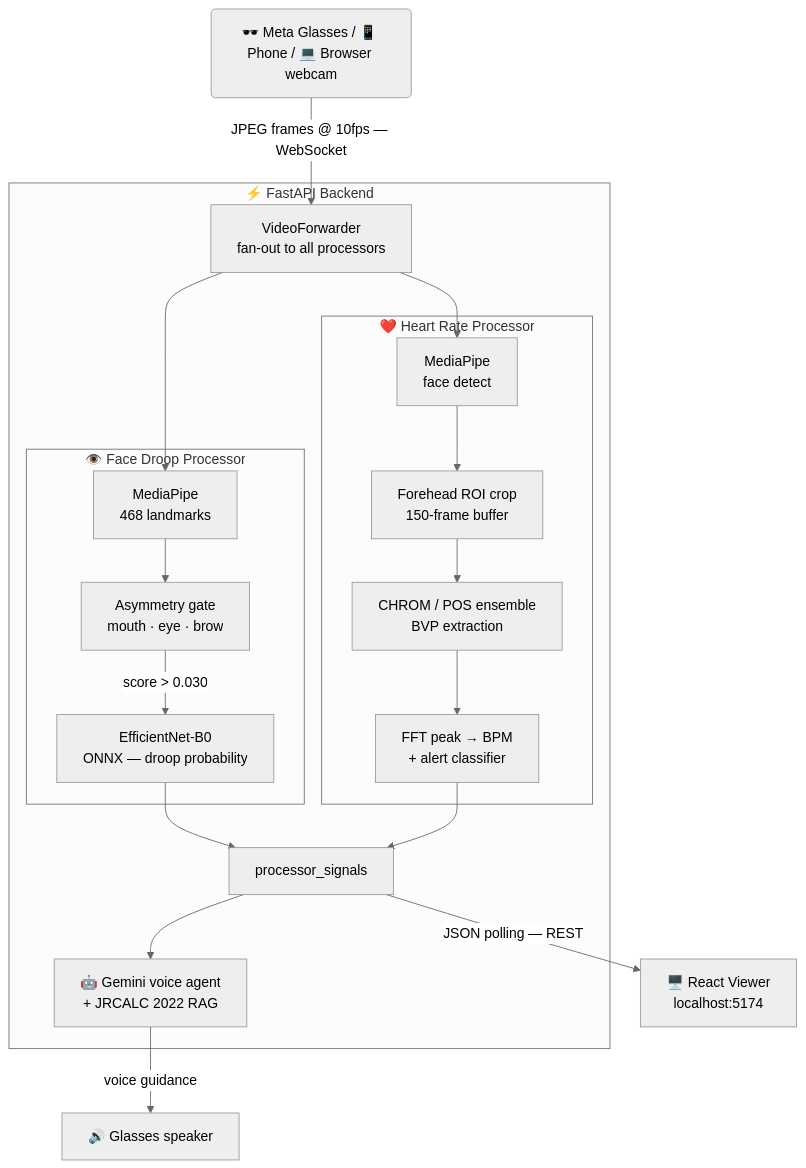
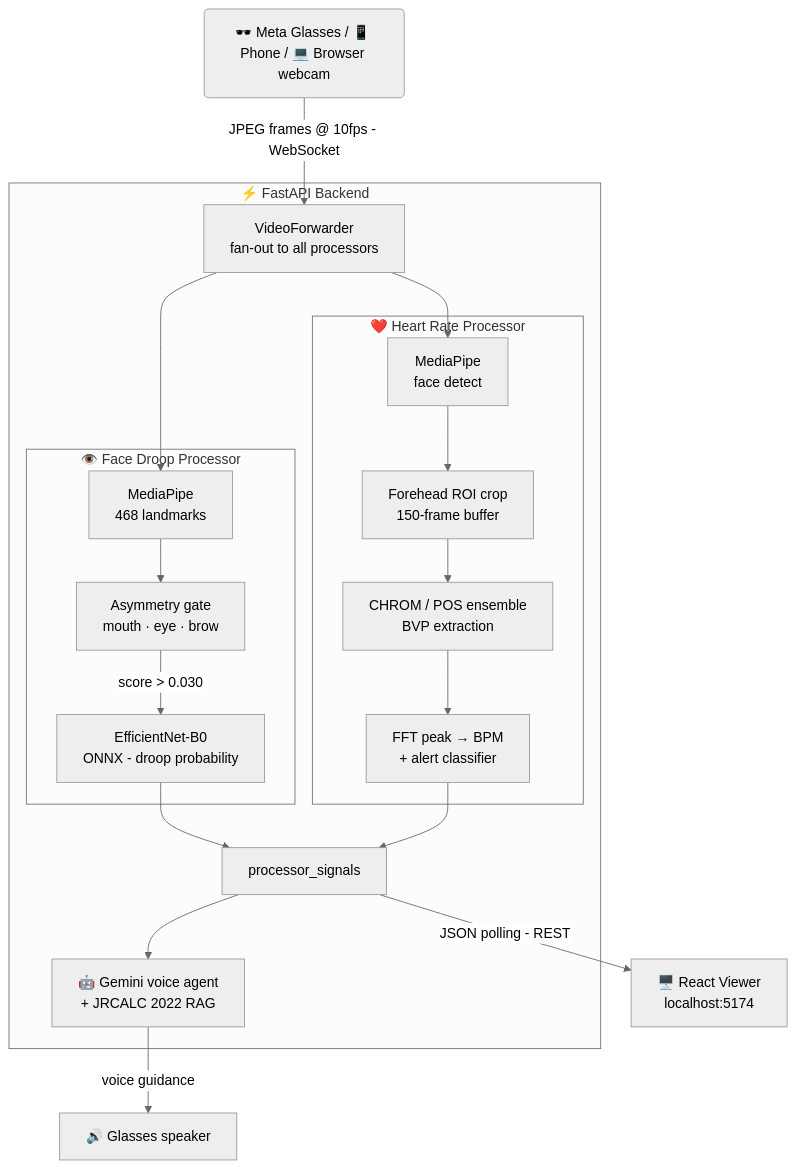
One commit to safishamsi/FirstSight changed the second of 2 diagrams in README.md. Above: the diagram before and after it, drawn with Mermaid (neutral theme). The commit also changed other lines of this file, not shown here.

````diff
--- a/README.md
+++ b/README.md
@@ -298,31 +298,31 @@
 ```mermaid
 flowchart TD
     IN("🕶️ Meta Glasses / 📱 Phone / 💻 Browser webcam")
-    IN -->|"JPEG frames @ 10fps — WebSocket"| VF
+    IN -->|"JPEG frames @ 10fps - WebSocket"| VF
 
     subgraph backend["⚡ FastAPI Backend"]
         VF["VideoForwarder\nfan-out to all processors"]
 
         subgraph droop["👁️ Face Droop Processor"]
             D1["MediaPipe\n468 landmarks"] --> D2["Asymmetry gate\nmouth · eye · brow"]
-            D2 -->|"score > 0.030"| D3["EfficientNet-B0\nONNX — droop probability"]
+            D2 -->|"score > 0.030"| D3["EfficientNet-B0\nONNX - droop probability"]
         end
 
         subgraph hr["❤️ Heart Rate Processor"]
             H1["MediaPipe\nface detect"] --> H2["Forehead ROI crop\n150-frame buffer"]
             H2 --> H3["CHROM / POS ensemble\nBVP extraction"]
             H3 --> H4["FFT peak → BPM\n+ alert classifier"]
         end
 
         VF --> D1
         VF --> H1
 
         D3 --> SIG["processor_signals"]
         H4 --> SIG
 
         SIG --> GEM["🤖 Gemini voice agent\n+ JRCALC 2022 RAG"]
     end
 
-    SIG -->|"JSON polling — REST"| VIEW["🖥️ React Viewer\nlocalhost:5174"]
+    SIG -->|"JSON polling - REST"| VIEW["🖥️ React Viewer\nlocalhost:5174"]
     GEM -->|"voice guidance"| SPK["🔊 Glasses speaker"]
 ```
````
